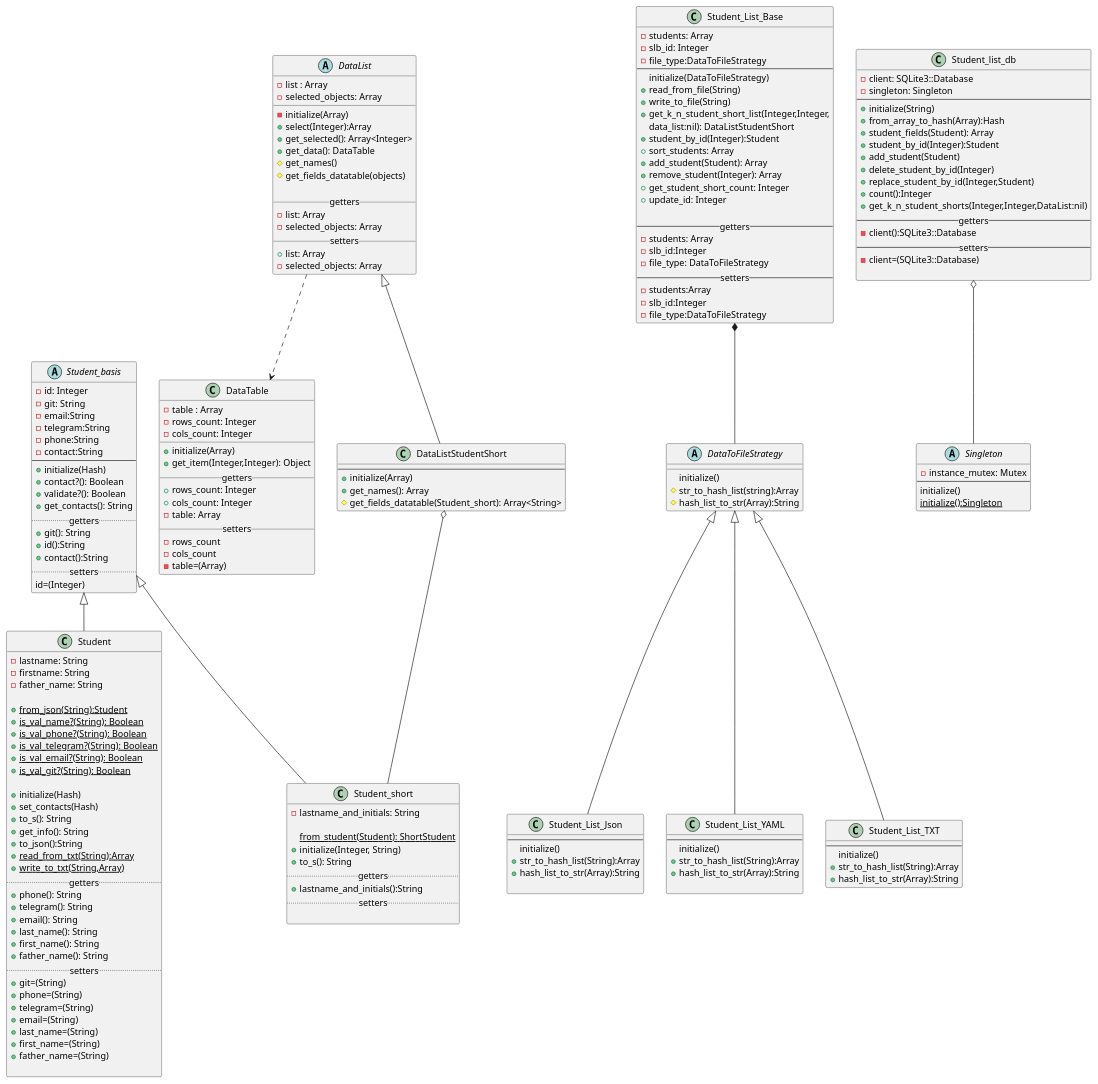
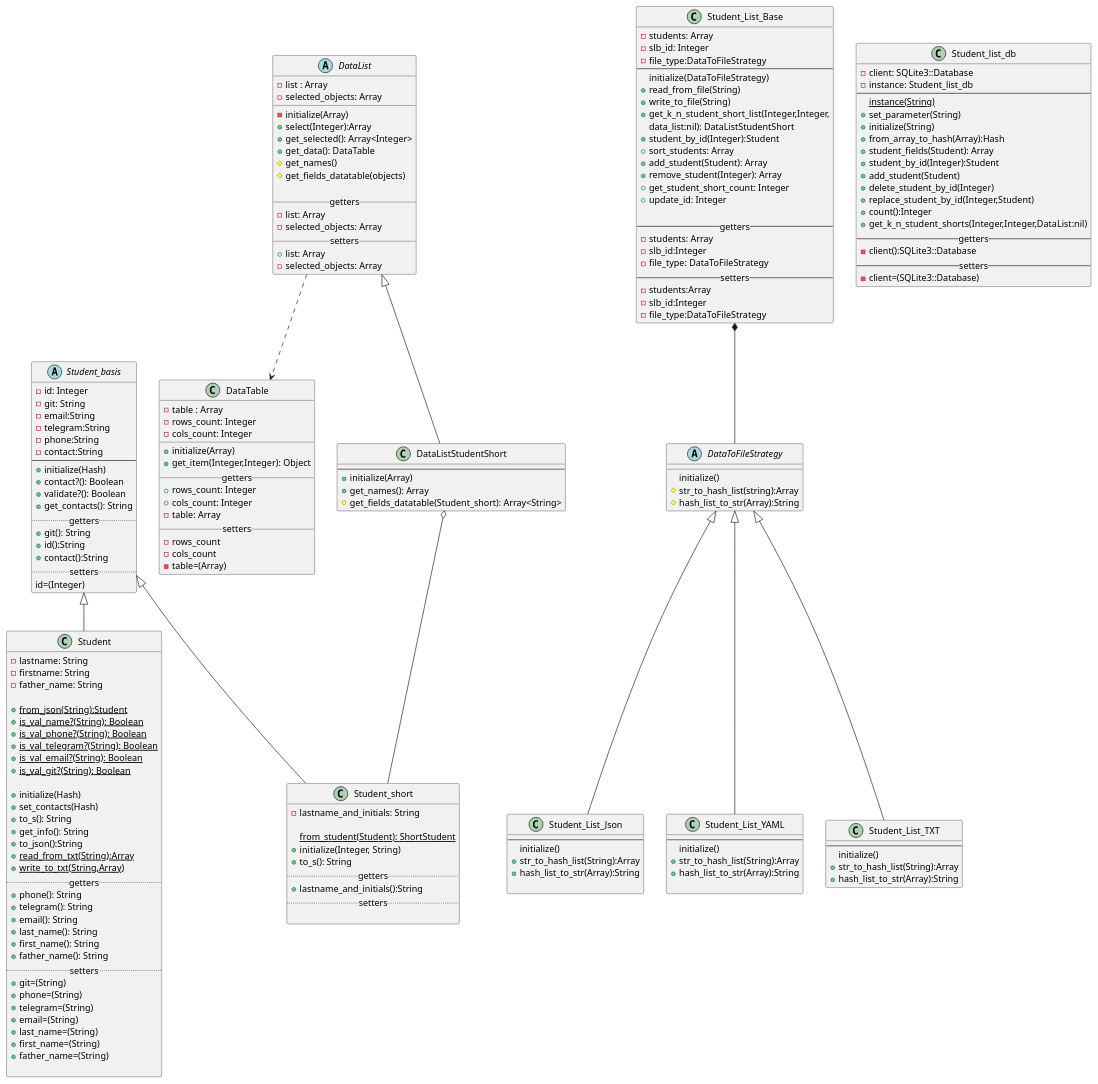
One commit to ColdEiler/pattern changed the diagram in lab2/diagrams/student_diagrams.puml. Above: the diagram before and after it, drawn with PlantUML. The commit also changed 1 other file, not shown here.

Commit message:
диагрмма (одиночка реализован в student_list_db)

```diff
--- a/lab2/diagrams/student_diagrams.puml
+++ b/lab2/diagrams/student_diagrams.puml
@@ -172,17 +172,12 @@
 }
 Student_List_Base *-- DataToFileStrategy
 
-abstract class Singleton {
-    -instance_mutex: Mutex
-    --
-    initialize()
-    {static}initialize():Singleton
-}
-
 class Student_list_db{
     -client: SQLite3::Database
-    -singleton: Singleton
+    -instance: Student_list_db
     --
+    {static}instance(String)
+    +set_parameter(String)
     +initialize(String)
     +from_array_to_hash(Array):Hash
     +student_fields(Student): Array
@@ -196,8 +191,6 @@
     -client():SQLite3::Database
     --setters--
     -client=(SQLite3::Database)    
-
 }
-Student_list_db o-- Singleton
 
 @enduml
```
